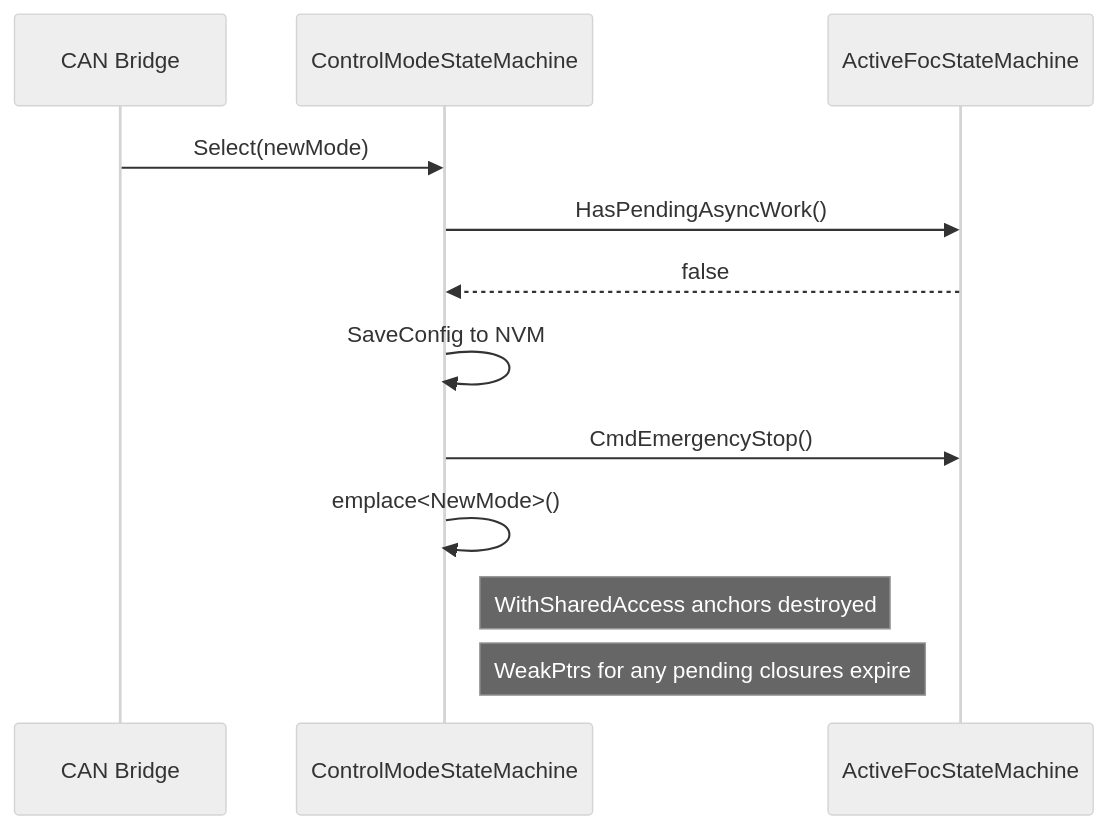
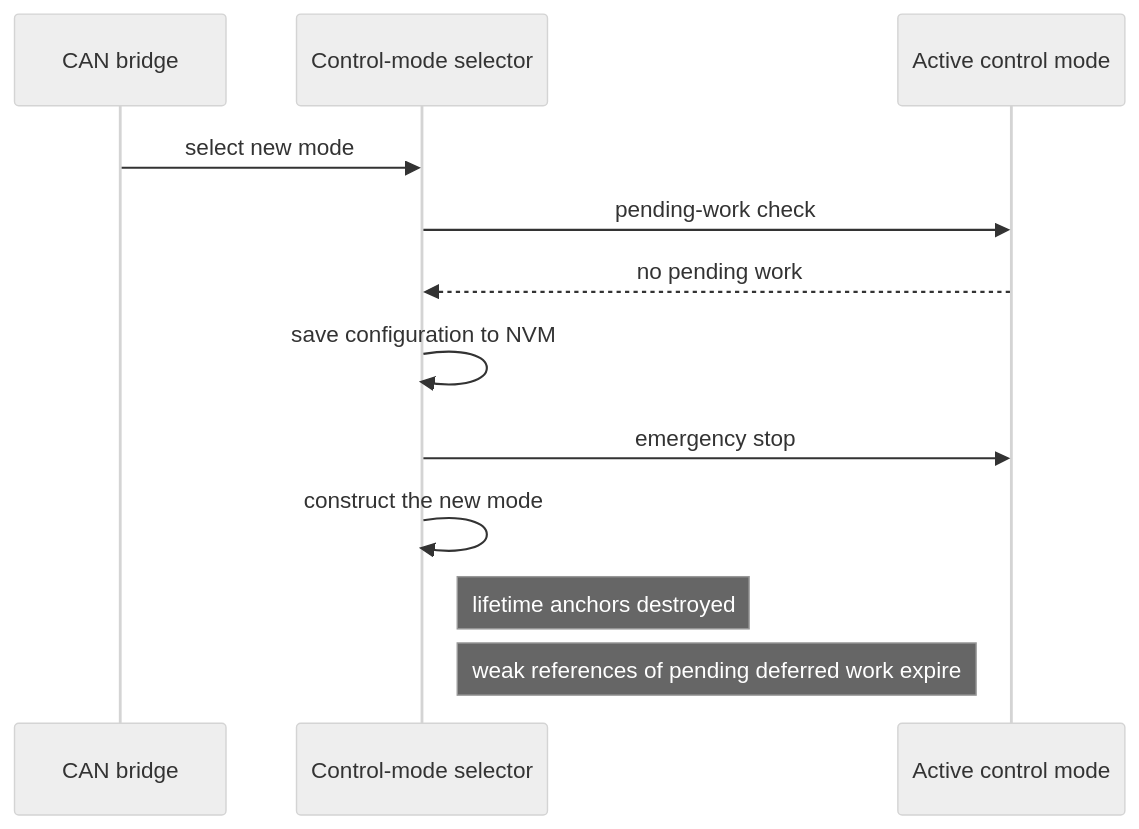
One commit to embedded-pro/e-foc changed the fourth of 6 diagrams in documentation/design/async-callback-lifetime.md. Above: the diagram before and after it, drawn with Mermaid (neutral theme). The commit also changed other lines of this file and 37 other files, not shown here.

````diff
--- a/documentation/design/async-callback-lifetime.md
+++ b/documentation/design/async-callback-lifetime.md
@@ -147,15 +147,15 @@
 ```mermaid
 sequenceDiagram
-    participant CAN as CAN Bridge
-    participant CSM as ControlModeStateMachine
-    participant FSM as ActiveFocStateMachine
+    participant CAN as CAN bridge
+    participant Selector as Control-mode selector
+    participant FSM as Active control mode
 
-    CAN->>CSM: Select(newMode)
-    CSM->>FSM: HasPendingAsyncWork()
-    FSM-->>CSM: false
-    CSM->>CSM: SaveConfig to NVM
-    CSM->>FSM: CmdEmergencyStop()
-    CSM->>CSM: emplace<NewMode>()
-    Note right of CSM: WithSharedAccess anchors destroyed
-    Note right of CSM: WeakPtrs for any pending closures expire
+    CAN->>Selector: select new mode
+    Selector->>FSM: pending-work check
+    FSM-->>Selector: no pending work
+    Selector->>Selector: save configuration to NVM
+    Selector->>FSM: emergency stop
+    Selector->>Selector: construct the new mode
+    Note right of Selector: lifetime anchors destroyed
+    Note right of Selector: weak references of pending deferred work expire
 ```
````
